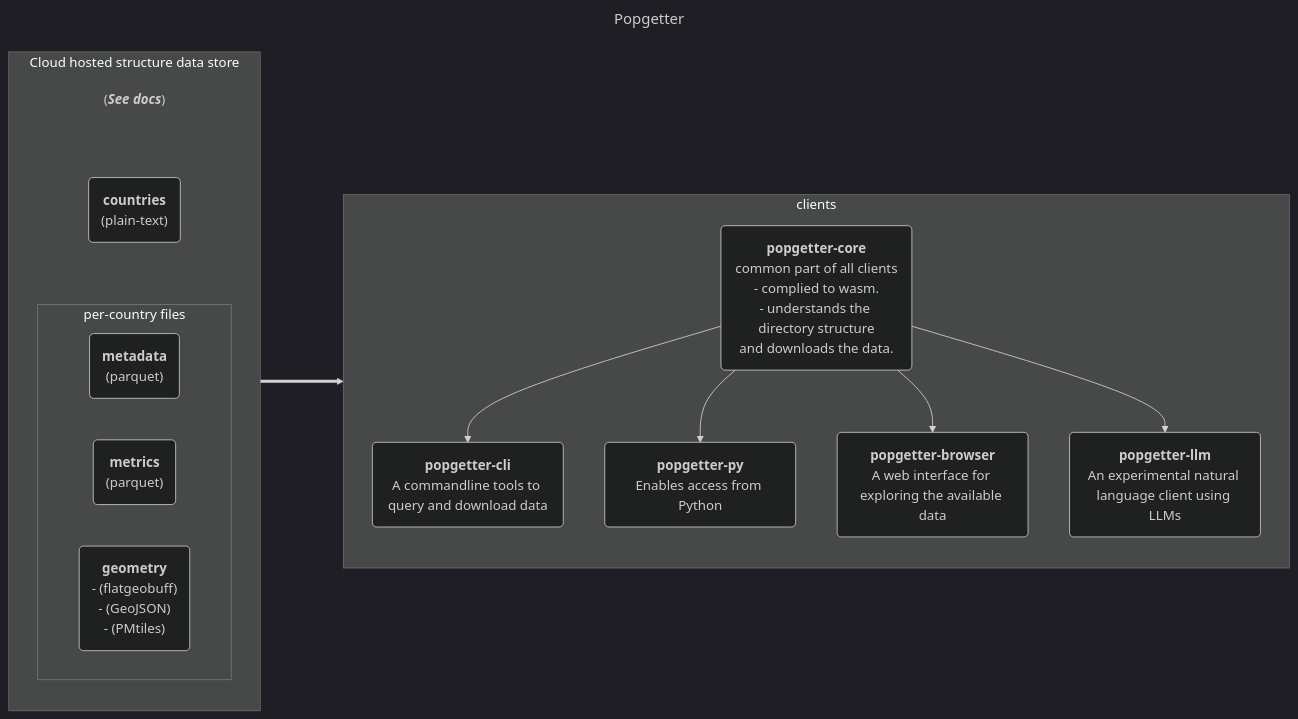
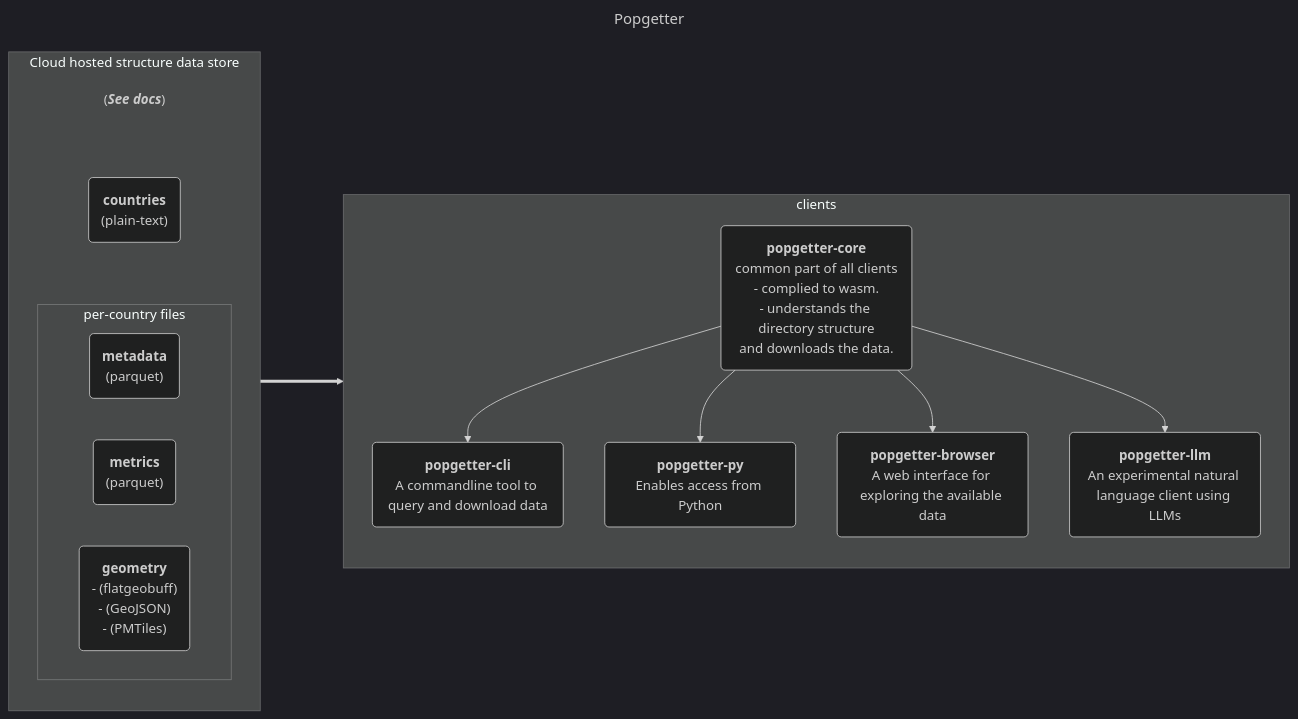
Before and after one commit to Urban-Analytics-Technology-Platform/poppusher: the second of 2 diagrams in docs/flow-diagram.md, drawn with Mermaid (dark theme). The commit also changed other lines of this file, not shown here.

Commit message:
Fixes typos

````diff
--- a/docs/flow-diagram.md
+++ b/docs/flow-diagram.md
@@ -61,50 +61,50 @@
 ```mermaid
 ---
 title: Popgetter
 ---
 graph LR
     subgraph processed [Cloud hosted structure data store]
         direction TB
         dir_struct_docs@{ shape: text, label: "(**_See docs_**)" }
         dA("`**countries**
           (plain-text)`")
         subgraph percountry [per-country files]
             dCa("`**metadata**
             (parquet)`")
             dCb("`**metrics**
             (parquet)`")
             dCc("`**geometry**
               - (flatgeobuff)
               - (GeoJSON)
-              - (PMtiles)`")
+              - (PMTiles)`")
         end
         dir_struct_docs ~~~ dA
         dA ~~~ percountry
         click dir_struct_docs href "https://poppusher.readthedocs.io/en/latest/output_structure/" _blank
     end
 
     direction TB
     subgraph clients
         core("`**popgetter-core**
         common part of all clients
         - complied to wasm.
         - understands the directory structure
         and downloads the data.
         `")
         direction TB
         fA("`**popgetter-cli**
-          A commandline tools to query and download data`")
+          A commandline tool to query and download data`")
         fB("`**popgetter-py**
           Enables access from Python`")
         fC("`**popgetter-browser**
           A web interface for exploring the available data`")
         fD("`**popgetter-llm**
           An experimental natural language client using LLMs`")
         core --> fA
         core --> fB
         core --> fC
         core --> fD
     end
 
     processed ===> core
 ```
````
